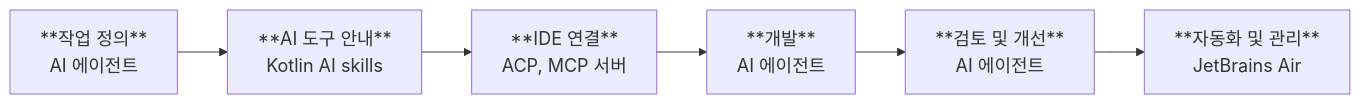
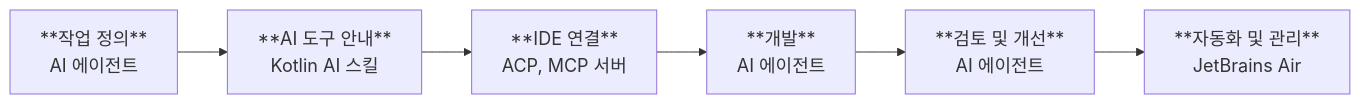
One commit to BinaryTape/Open-AIDoc changed the diagram in docs/ko/kotlin/ai-for-development.md. Above: the diagram before and after it, drawn with Mermaid. The commit also changed other lines of this file and 193 other files, not shown here.

````diff
--- a/docs/ko/kotlin/ai-for-development.md
+++ b/docs/ko/kotlin/ai-for-development.md
@@ -12,20 +12,20 @@
 ```mermaid
 graph LR
     DefineTask["**작업 정의**
         AI 에이전트"]
     Guide["**AI 도구 안내**
-        Kotlin AI skills"]
+        Kotlin AI 스킬"]
     Connect["**IDE 연결**
         ACP, MCP 서버"]
     Implement["**개발**
         AI 에이전트"]
     Review["**검토 및 개선**
         AI 에이전트"]
     Automate["**자동화 및 관리**
         JetBrains Air"]
 
     DefineTask --> Guide --> Connect --> Implement --> Review --> Automate
 
     classDef largeNode font-size:18px;
     class DefineTask,Guide,Connect,Implement,Review,Automate largeNode;
 ```
````
